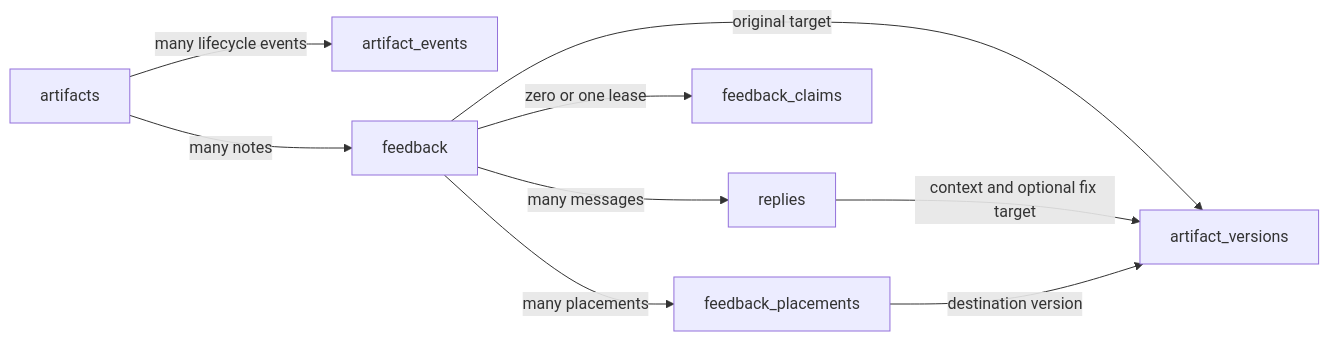
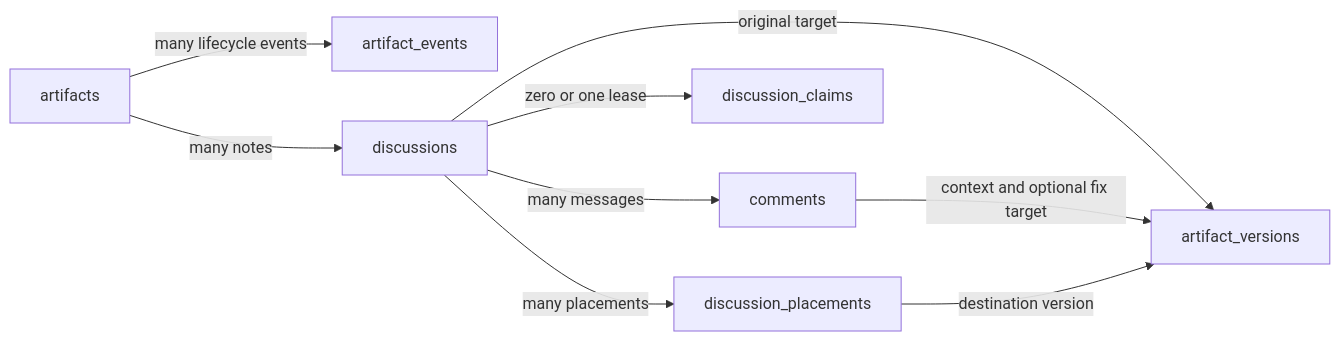
Before and after one commit to hyperlogue/r3: the second of 3 diagrams in docs/artifacts/schema.md, drawn with Mermaid. The commit also changed other lines of this file and 184 other files, not shown here.

First line of the commit message:
refactor(conversations): name discussions and comments consistently

````diff
--- a/docs/artifacts/schema.md
+++ b/docs/artifacts/schema.md
@@ -22,11 +22,11 @@
 ```mermaid
 flowchart LR
   A[artifacts] -->|many lifecycle events| E[artifact_events]
-  A -->|many notes| F[feedback]
-  F -->|many messages| R[replies]
-  F -->|zero or one lease| C[feedback_claims]
-  F -->|many placements| P[feedback_placements]
+  A -->|many notes| F[discussions]
+  F -->|many messages| R[comments]
+  F -->|zero or one lease| C[discussion_claims]
+  F -->|many placements| P[discussion_placements]
   F -->|original target| V[artifact_versions]
   R -->|context and optional fix target| V
   P -->|destination version| V
 ```
````
